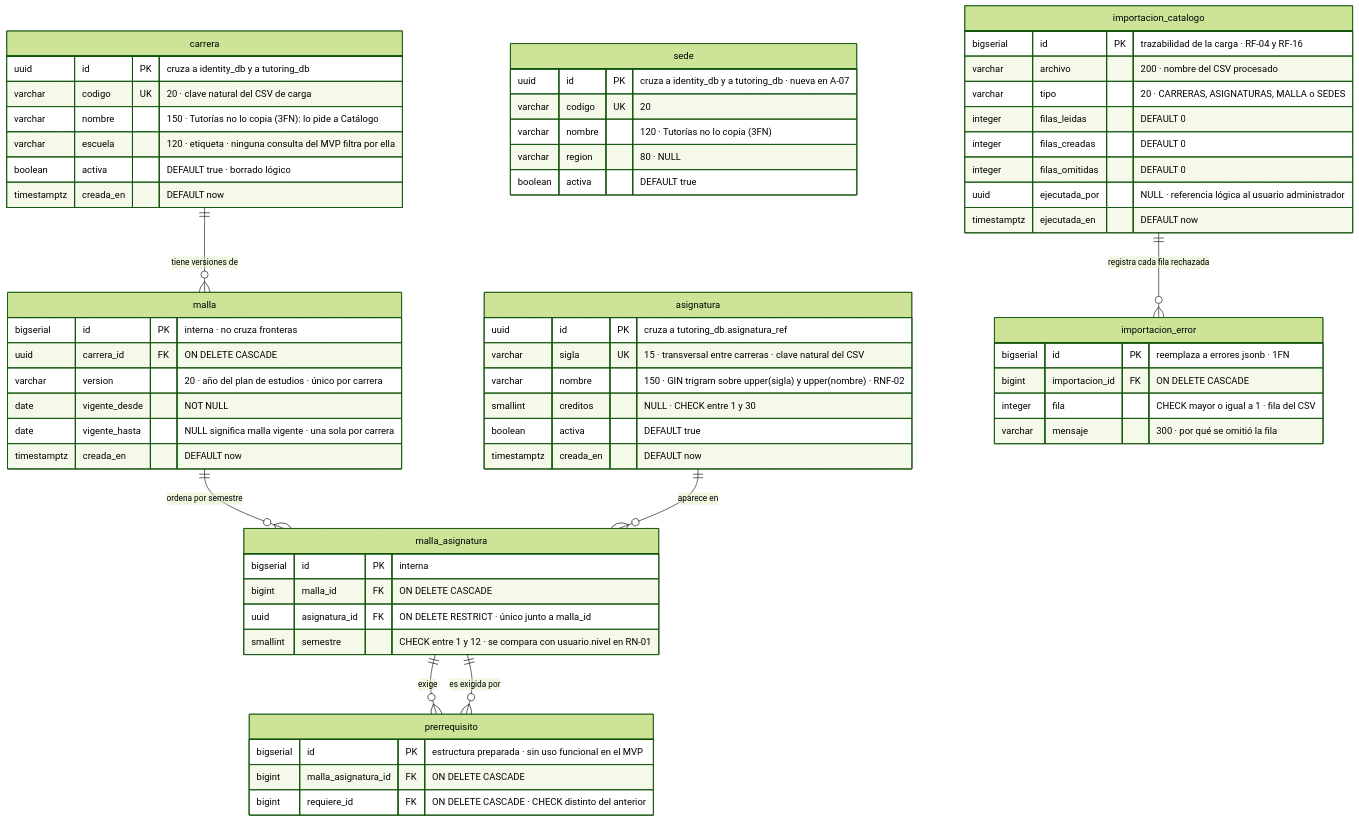
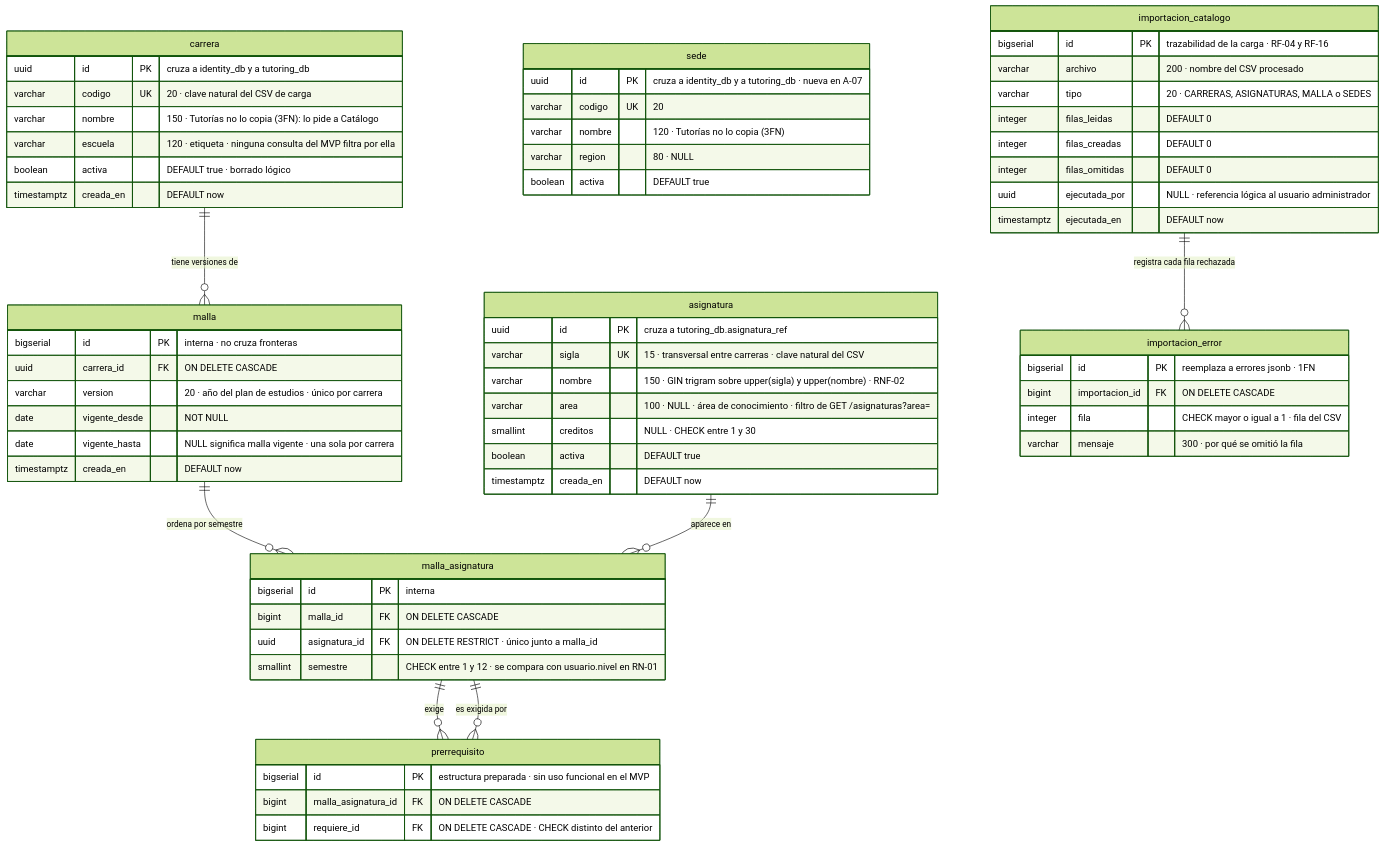
One commit to Bacchi701/Plataforma-web-tutorias changed the diagram in Fase 2/Evidencias Proyecto/Evidencias de sistema/Base de datos/diagramas/02_catalog_db.mmd. Above: the diagram before and after it, drawn with Mermaid (forest theme). The commit also changed 92 other files, not shown here.

```diff
--- a/Fase 2/Evidencias Proyecto/Evidencias de sistema/Base de datos/diagramas/02_catalog_db.mmd
+++ b/Fase 2/Evidencias Proyecto/Evidencias de sistema/Base de datos/diagramas/02_catalog_db.mmd
@@ -1,81 +1,85 @@
-%% Pilar 2 · Anexo A v1.3 — Modelo de datos · Diagrama 2 de 5
+%% Pilar 2 · Anexo A v1.6 — Modelo de datos · Diagrama 2 de 5
 %% catalog_db — Servicio de Catálogo académico · 8 tablas
 %% Los trece ajustes A-01 a A-13 quedaron aprobados el 14-09-2026.
-%% Modelo IMPLEMENTADO el 30-09-2026 (migraciones de la semana 8). Difiere del anexo A
-%% en lo que dejo la revision de 3FN: ver la presentacion de normalizacion.
+%% Es el modelo implementado: las migraciones del 01-10-2026, con la revisión de normalización
+%% del 30-09-2026, y la columna asignatura.area, que llegó con el PR #9 (HU-12).
+%% Coincide con el anexo A v1.6.
+%% Los DEFAULT y los ON DELETE los aplica Django, no la base (anexo A, sección 2).
 %% La asignatura es transversal entre carreras; malla_asignatura es la que le da un
 %% semestre dentro de un plan de estudios, y eso es lo que hace verificable RN-01.
-%% sede e importacion_catalogo no tienen relación dentro de esta base: se consumen desde fuera.
+%% sede no tiene relación dentro de esta base: se consume desde fuera (GET /sedes).
+%% importacion_catalogo solo se relaciona con importacion_error.
 erDiagram
     carrera {
         uuid id PK "cruza a identity_db y a tutoring_db"
         varchar codigo UK "20 · clave natural del CSV de carga"
         varchar nombre "150 · Tutorías no lo copia (3FN): lo pide a Catálogo"
         varchar escuela "120 · etiqueta · ninguna consulta del MVP filtra por ella"
         boolean activa "DEFAULT true · borrado lógico"
         timestamptz creada_en "DEFAULT now"
     }
 
     malla {
         bigserial id PK "interna · no cruza fronteras"
         uuid carrera_id FK "ON DELETE CASCADE"
         varchar version "20 · año del plan de estudios · único por carrera"
         date vigente_desde "NOT NULL"
         date vigente_hasta "NULL significa malla vigente · una sola por carrera"
         timestamptz creada_en "DEFAULT now"
     }
 
     asignatura {
         uuid id PK "cruza a tutoring_db.asignatura_ref"
         varchar sigla UK "15 · transversal entre carreras · clave natural del CSV"
         varchar nombre "150 · GIN trigram sobre upper(sigla) y upper(nombre) · RNF-02"
+        varchar area "100 · NULL · área de conocimiento · filtro de GET /asignaturas?area="
         smallint creditos "NULL · CHECK entre 1 y 30"
         boolean activa "DEFAULT true"
         timestamptz creada_en "DEFAULT now"
     }
 
     malla_asignatura {
         bigserial id PK "interna"
         bigint malla_id FK "ON DELETE CASCADE"
         uuid asignatura_id FK "ON DELETE RESTRICT · único junto a malla_id"
         smallint semestre "CHECK entre 1 y 12 · se compara con usuario.nivel en RN-01"
     }
 
     prerrequisito {
         bigserial id PK "estructura preparada · sin uso funcional en el MVP"
         bigint malla_asignatura_id FK "ON DELETE CASCADE"
         bigint requiere_id FK "ON DELETE CASCADE · CHECK distinto del anterior"
     }
 
     sede {
         uuid id PK "cruza a identity_db y a tutoring_db · nueva en A-07"
         varchar codigo UK "20"
         varchar nombre "120 · Tutorías no lo copia (3FN)"
         varchar region "80 · NULL"
         boolean activa "DEFAULT true"
     }
 
     importacion_catalogo {
         bigserial id PK "trazabilidad de la carga · RF-04 y RF-16"
         varchar archivo "200 · nombre del CSV procesado"
         varchar tipo "20 · CARRERAS, ASIGNATURAS, MALLA o SEDES"
         integer filas_leidas "DEFAULT 0"
         integer filas_creadas "DEFAULT 0"
         integer filas_omitidas "DEFAULT 0"
         uuid ejecutada_por "NULL · referencia lógica al usuario administrador"
         timestamptz ejecutada_en "DEFAULT now"
     }
 
     importacion_error {
         bigserial id PK "reemplaza a errores jsonb · 1FN"
         bigint importacion_id FK "ON DELETE CASCADE"
         integer fila "CHECK mayor o igual a 1 · fila del CSV"
         varchar mensaje "300 · por qué se omitió la fila"
     }
 
     carrera ||--o{ malla : "tiene versiones de"
     malla ||--o{ malla_asignatura : "ordena por semestre"
     asignatura ||--o{ malla_asignatura : "aparece en"
     malla_asignatura ||--o{ prerrequisito : "exige"
     malla_asignatura ||--o{ prerrequisito : "es exigida por"
     importacion_catalogo ||--o{ importacion_error : "registra cada fila rechazada"
```
